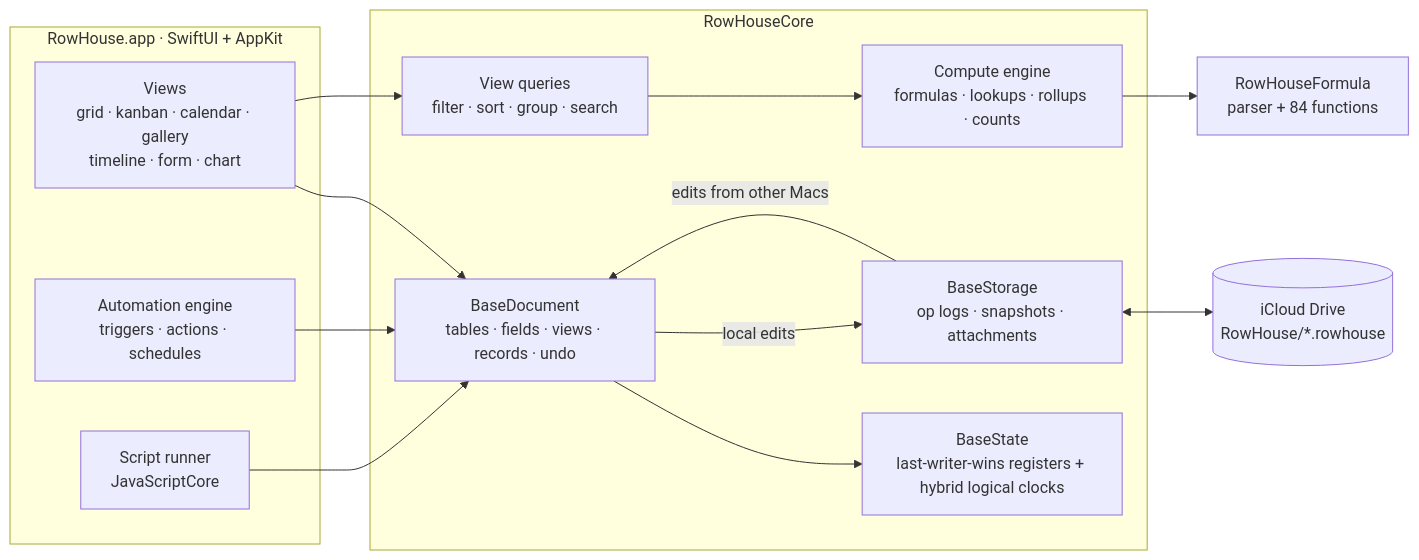
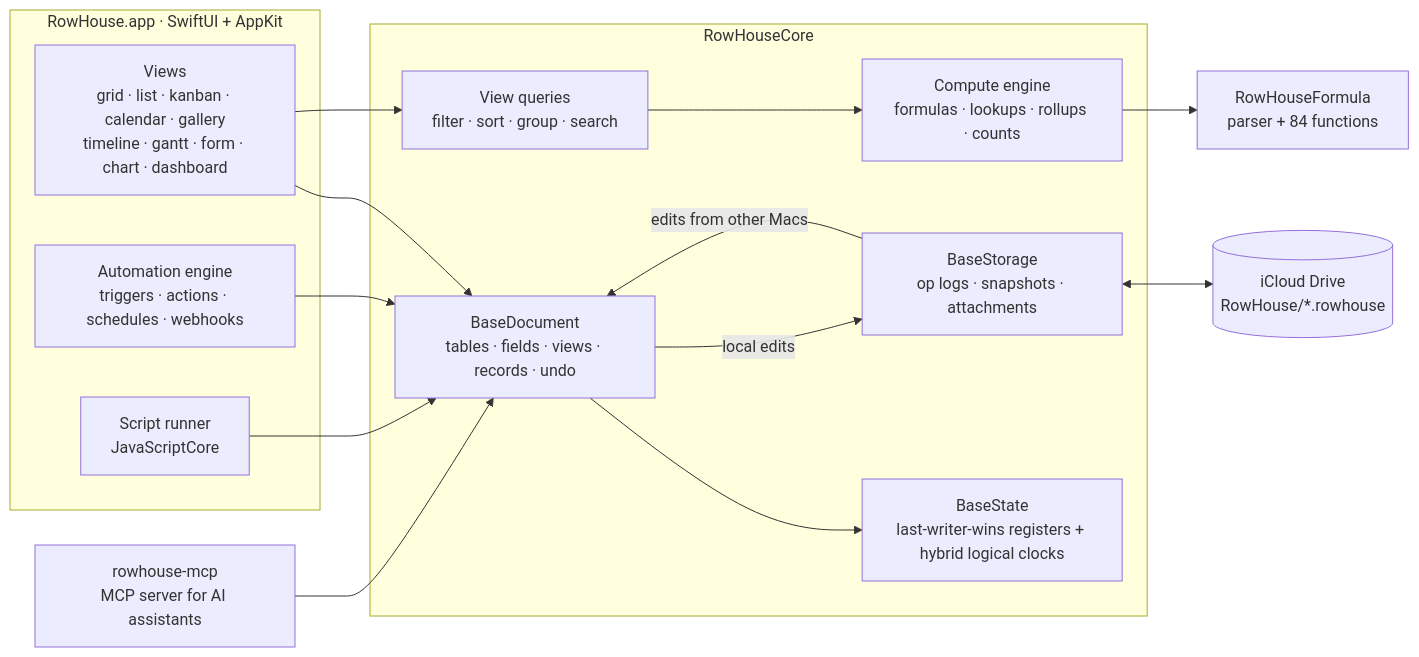
The first of 3 diagrams in README.md (REllwood/RowHouse), drawn with Mermaid before and after one commit. The commit also changed other lines of this file and 7 other files, not shown here.

Commit message:
Document the MCP server, AI features and Airtable parity; version 1.1.0

````diff
--- a/README.md
+++ b/README.md
@@ -91,28 +109,30 @@
 ```mermaid
 flowchart LR
   subgraph App["RowHouse.app · SwiftUI + AppKit"]
-    UI["Views<br/>grid · kanban · calendar · gallery<br/>timeline · form · chart"]
-    AUTO["Automation engine<br/>triggers · actions · schedules"]
+    UI["Views<br/>grid · list · kanban · calendar · gallery<br/>timeline · gantt · form · chart · dashboard"]
+    AUTO["Automation engine<br/>triggers · actions · schedules · webhooks"]
     JS["Script runner<br/>JavaScriptCore"]
   end
+  MCP["rowhouse-mcp<br/>MCP server for AI assistants"]
   subgraph Core["RowHouseCore"]
     DOC["BaseDocument<br/>tables · fields · views · records · undo"]
     Q["View queries<br/>filter · sort · group · search"]
     CE["Compute engine<br/>formulas · lookups · rollups · counts"]
     STATE["BaseState<br/>last-writer-wins registers + hybrid logical clocks"]
     IO["BaseStorage<br/>op logs · snapshots · attachments"]
   end
   F["RowHouseFormula<br/>parser + 84 functions"]
   DRIVE[("iCloud Drive<br/>RowHouse/*.rowhouse")]
 
   UI --> DOC
   UI --> Q
+  MCP --> DOC
   AUTO --> DOC
   JS --> DOC
   Q --> CE
   CE --> F
   DOC --> STATE
   DOC -- "local edits" --> IO
   IO -- "edits from other Macs" --> DOC
   IO <--> DRIVE
 ```
````
